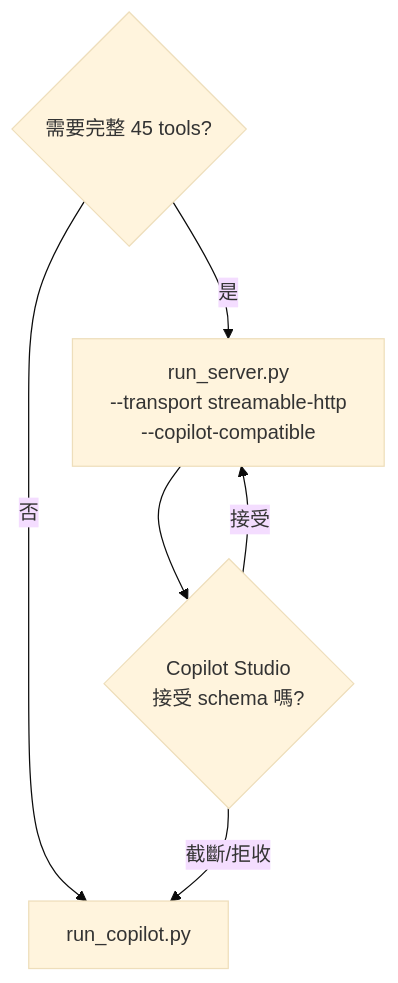
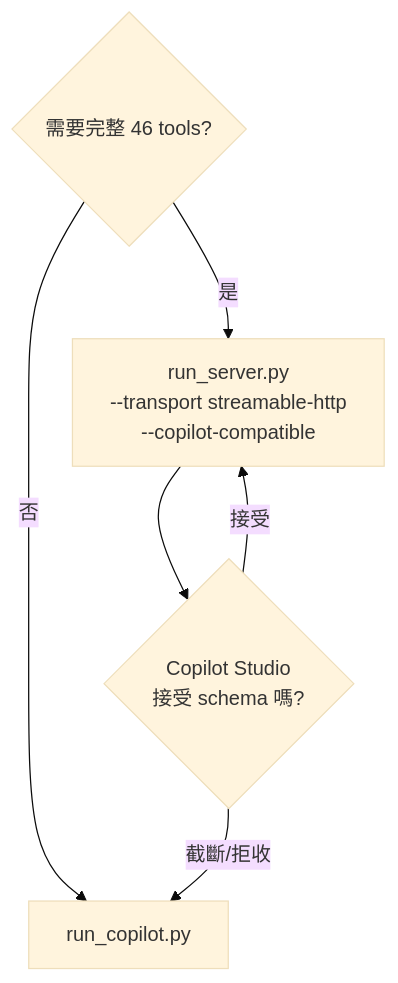
One commit to u9401066/pubmed-search-mcp changed the tenth of 11 diagrams in ARCHITECTURE.md. Above: the diagram before and after it, drawn with Mermaid (base theme). The commit also changed other lines of this file and 53 other files, not shown here.

````diff
--- a/ARCHITECTURE.md
+++ b/ARCHITECTURE.md
@@ -468,13 +470,13 @@
 ```mermaid
 flowchart TD
-  Need{需要完整 45 tools?}
+  Need{需要完整 46 tools?}
   Full[run_server.py\n--transport streamable-http\n--copilot-compatible]
   Simplified[run_copilot.py]
   Studio{Copilot Studio\n接受 schema 嗎?}
 
   Need -->|是| Full
   Need -->|否| Simplified
   Full --> Studio
   Studio -->|接受| Full
   Studio -->|截斷/拒收| Simplified
 ```
````
